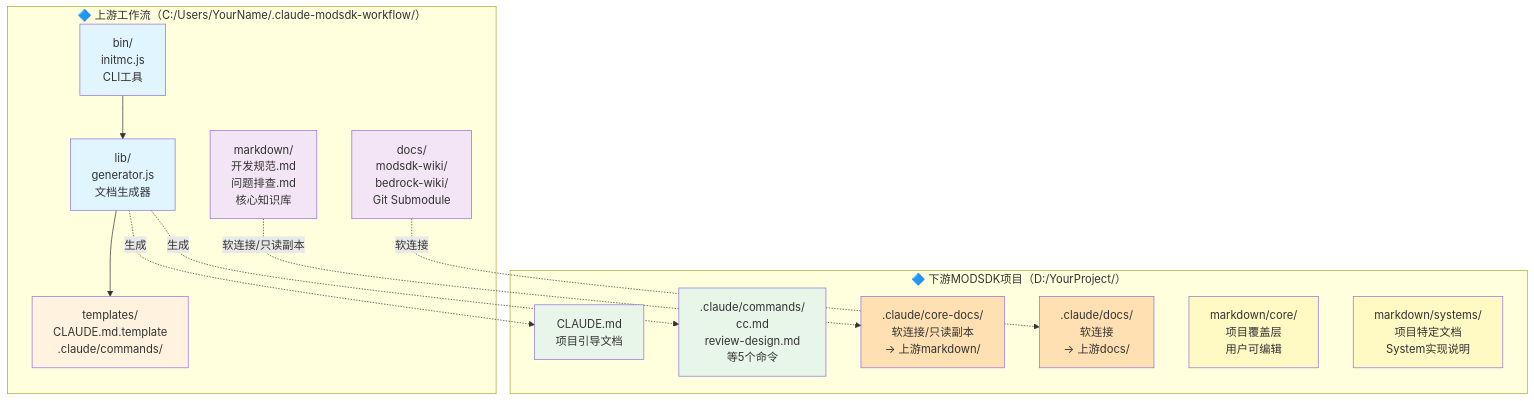
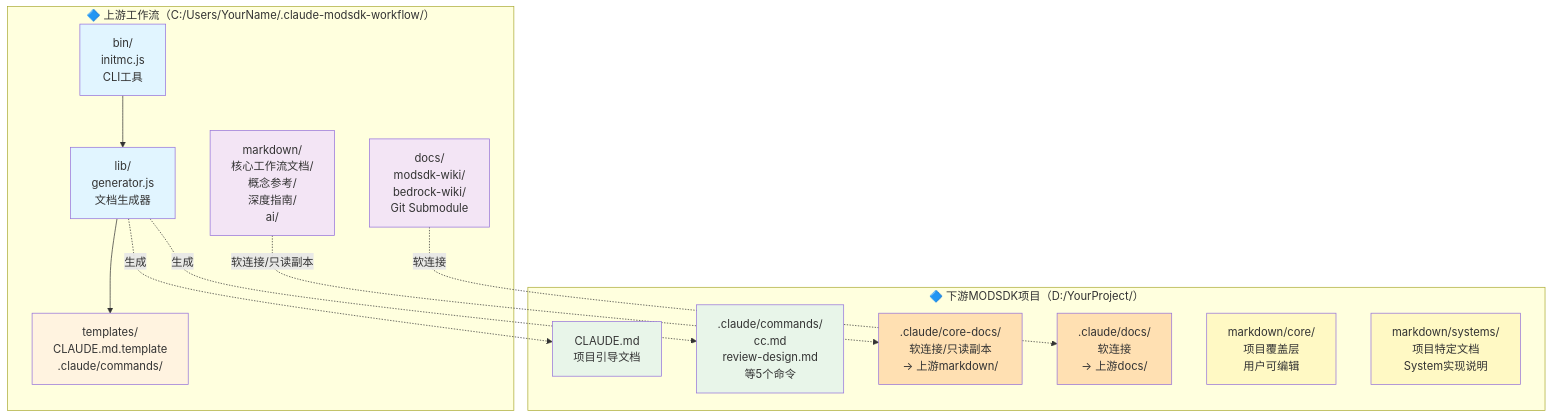
Before and after one commit to jju666/NeteaseMod-Claude: the first of 9 diagrams in CLAUDE.md, drawn with Mermaid. The commit also changed other lines of this file and 2 other files, not shown here.

````diff
--- a/CLAUDE.md
+++ b/CLAUDE.md
@@ -59,35 +62,35 @@
 ```mermaid
 graph TB
     subgraph "🔷 上游工作流（C:/Users/YourName/.claude-modsdk-workflow/）"
         A[bin/<br/>initmc.js<br/>CLI工具] --> B[lib/<br/>generator.js<br/>文档生成器]
         B --> C[templates/<br/>CLAUDE.md.template<br/>.claude/commands/]
-        D[markdown/<br/>开发规范.md<br/>问题排查.md<br/>核心知识库]
+        D[markdown/<br/>核心工作流文档/<br/>概念参考/<br/>深度指南/<br/>ai/]
         E[docs/<br/>modsdk-wiki/<br/>bedrock-wiki/<br/>Git Submodule]
     end
 
     subgraph "🔷 下游MODSDK项目（D:/YourProject/）"
         F[CLAUDE.md<br/>项目引导文档]
         G[.claude/commands/<br/>cc.md<br/>review-design.md<br/>等5个命令]
         H[.claude/core-docs/<br/>软连接/只读副本<br/>→ 上游markdown/]
         I[.claude/docs/<br/>软连接<br/>→ 上游docs/]
         J[markdown/core/<br/>项目覆盖层<br/>用户可编辑]
         K[markdown/systems/<br/>项目特定文档<br/>System实现说明]
     end
 
     B -.生成.-> F
     B -.生成.-> G
     D -.软连接/只读副本.-> H
     E -.软连接.-> I
 
     style A fill:#e1f5ff
     style B fill:#e1f5ff
     style C fill:#fff3e0
     style D fill:#f3e5f5
     style E fill:#f3e5f5
     style F fill:#e8f5e9
     style G fill:#e8f5e9
     style H fill:#ffe0b2
     style I fill:#ffe0b2
     style J fill:#fff9c4
     style K fill:#fff9c4
 ```
````
